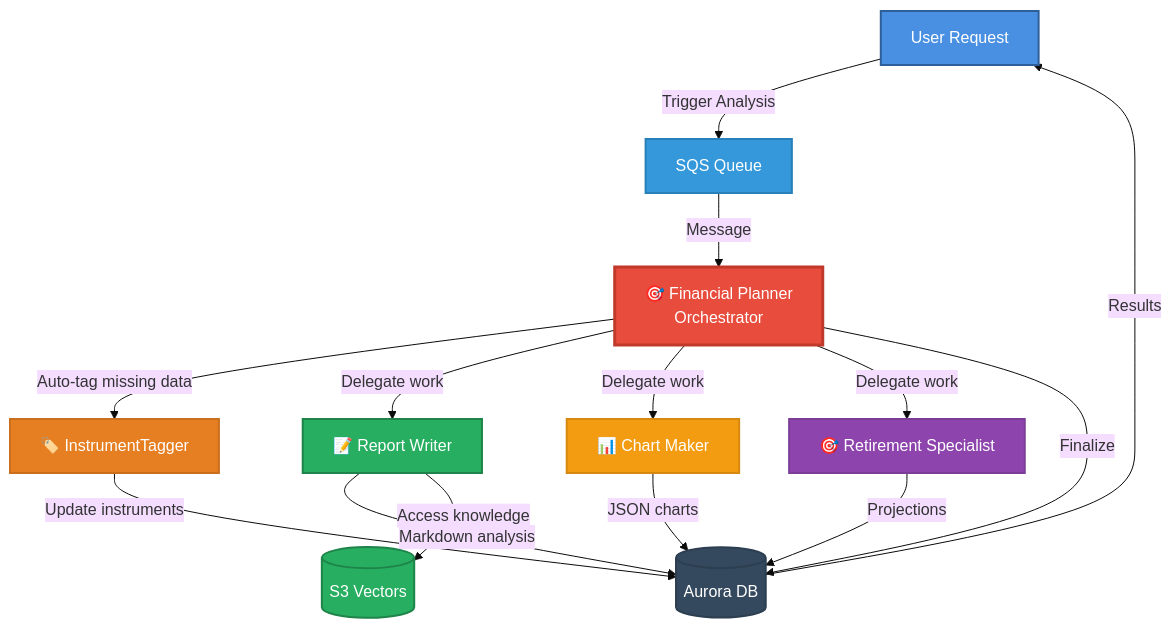
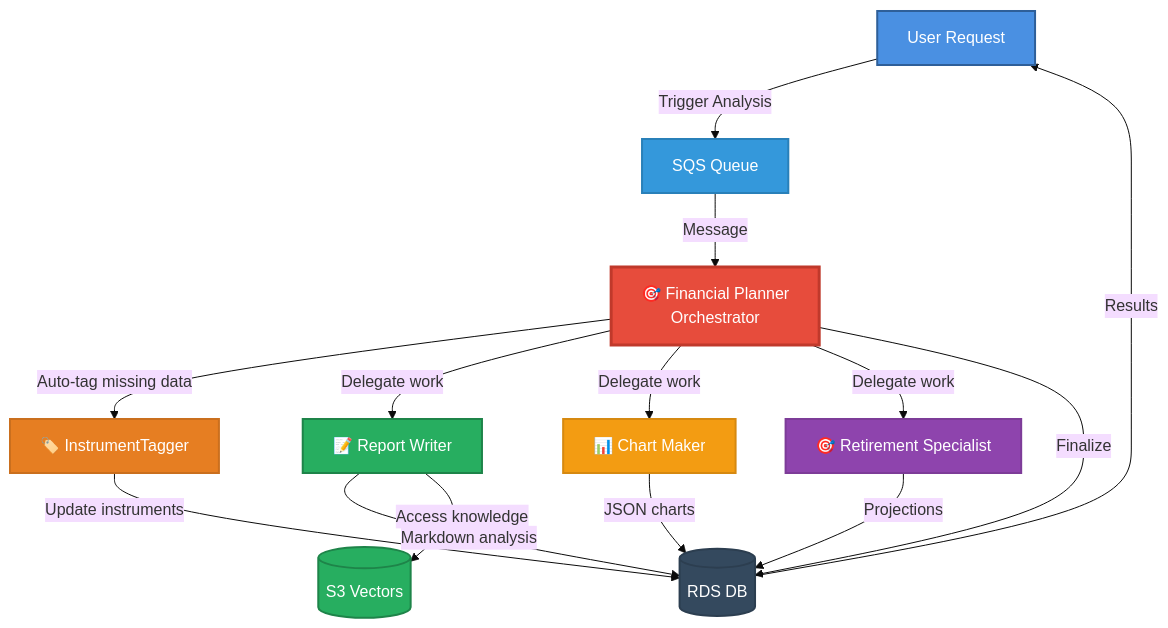
The diagram in guides/6_agents.md (infosetGR/alex-ed), drawn with Mermaid (base theme) before and after one commit. The commit also changed 4 other files, not shown here.

````diff
--- a/guides/6_agents.md
+++ b/guides/6_agents.md
@@ -19,38 +19,38 @@
 ```mermaid
 graph TB
     User[User Request] -->|Trigger Analysis| SQS[SQS Queue]
     SQS -->|Message| Planner[🎯 Financial Planner<br/>Orchestrator]
     
     Planner -->|Auto-tag missing data| Tagger[🏷️ InstrumentTagger]
-    Tagger -->|Update instruments| DB[(Aurora DB)]
+    Tagger -->|Update instruments| DB[(RDS DB)]
     
     Planner -->|Delegate work| Reporter[📝 Report Writer]
     Planner -->|Delegate work| Charter[📊 Chart Maker]
     Planner -->|Delegate work| Retirement[🎯 Retirement Specialist]
     
     Reporter -->|Markdown analysis| DB
     Charter -->|JSON charts| DB
     Retirement -->|Projections| DB
     
     Reporter -->|Access knowledge| S3V[(S3 Vectors)]
     
     Planner -->|Finalize| DB
     DB -->|Results| User
     
     %% User & Interface
     style User fill:#4A90E2,stroke:#2E5F99,stroke-width:2px,color:#ffffff
     
     %% Orchestrator (Central Command)
     style Planner fill:#E74C3C,stroke:#C0392B,stroke-width:3px,color:#ffffff
     
     %% Specialized AI Agents
     style Reporter fill:#27AE60,stroke:#1E8449,stroke-width:2px,color:#ffffff
     style Charter fill:#F39C12,stroke:#D68910,stroke-width:2px,color:#ffffff
     style Retirement fill:#8E44AD,stroke:#7D3C98,stroke-width:2px,color:#ffffff
     style Tagger fill:#E67E22,stroke:#CA6F1E,stroke-width:2px,color:#ffffff
     
     %% Infrastructure & Data
     style SQS fill:#3498DB,stroke:#2980B9,stroke-width:2px,color:#ffffff
     style DB fill:#34495E,stroke:#2C3E50,stroke-width:2px,color:#ffffff
     style S3V fill:#27AE60,stroke:#1E8449,stroke-width:2px,color:#ffffff
 ```
````
